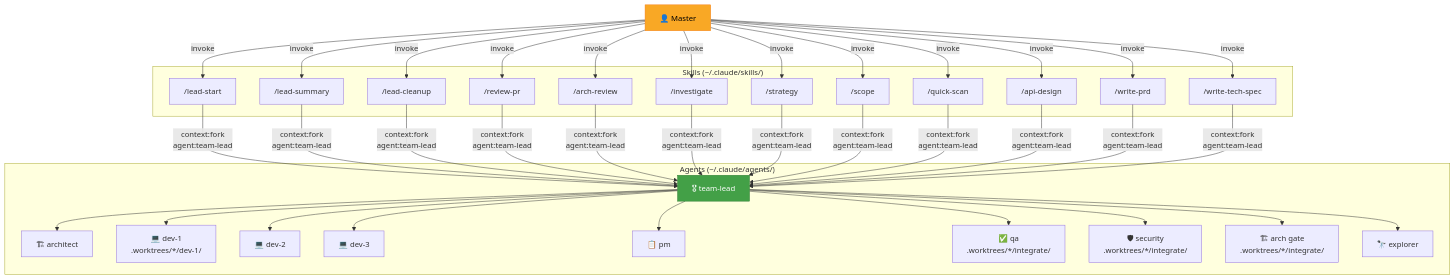
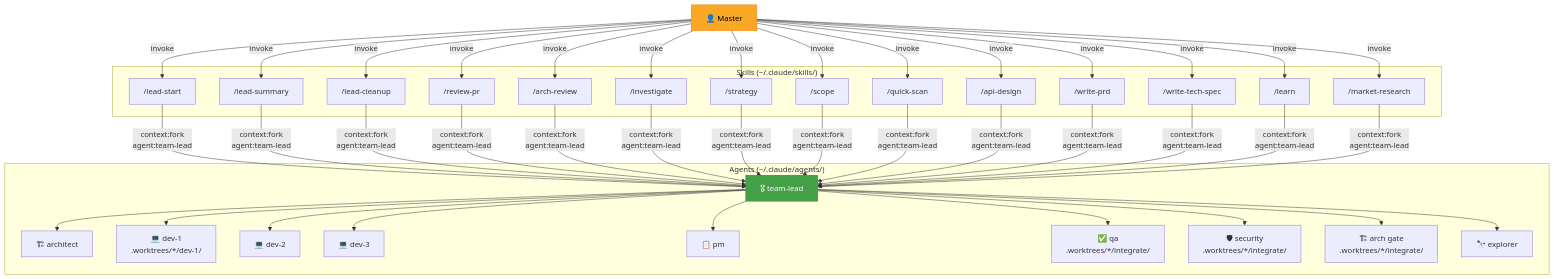
The diagram in README.md (samwang0723/claudecode-setup), drawn with Mermaid before and after one commit. The commit also changed other lines of this file and 1 other file, not shown here.

````diff
--- a/README.md
+++ b/README.md
@@ -72,39 +72,41 @@
 ```mermaid
 flowchart TB
     Master["👤 Master"]
 
     subgraph "Skills (~/.claude/skills/)"
         LS["/lead-start"]
         LSM["/lead-summary"]
         LC["/lead-cleanup"]
         RP["/review-pr"]
         AR["/arch-review"]
         INV["/investigate"]
         STR["/strategy"]
         SC["/scope"]
         QS["/quick-scan"]
         AD["/api-design"]
         WP["/write-prd"]
         WTS["/write-tech-spec"]
+        LN["/learn"]
+        MR["/market-research"]
     end
 
     subgraph "Agents (~/.claude/agents/)"
         TL["🎖 team-lead"]
         ARCH["🏗 architect"]
         D1["💻 dev-1\n.worktrees/*/dev-1/"]
         D2["💻 dev-2"]
         D3["💻 dev-3"]
         PM["📋 pm"]
         QA["✅ qa\n.worktrees/*/integrate/"]
         SEC["🛡 security\n.worktrees/*/integrate/"]
         AG["🏗 arch gate\n.worktrees/*/integrate/"]
         EXP["🔭 explorer"]
     end
 
-    Master -->|"invoke"| LS & LSM & LC & RP & AR & INV & STR & SC & QS & AD & WP & WTS
-    LS & LSM & LC & RP & AR & INV & STR & SC & QS & AD & WP & WTS -->|"context:fork\nagent:team-lead"| TL
+    Master -->|"invoke"| LS & LSM & LC & RP & AR & INV & STR & SC & QS & AD & WP & WTS & LN & MR
+    LS & LSM & LC & RP & AR & INV & STR & SC & QS & AD & WP & WTS & LN & MR -->|"context:fork\nagent:team-lead"| TL
     TL --> ARCH & D1 & D2 & D3 & PM & QA & SEC & AG & EXP
 
     style Master fill:#f9a825,stroke:#f57f17,color:#000
     style TL fill:#43a047,stroke:#2e7d32,color:#fff
 ```
````
